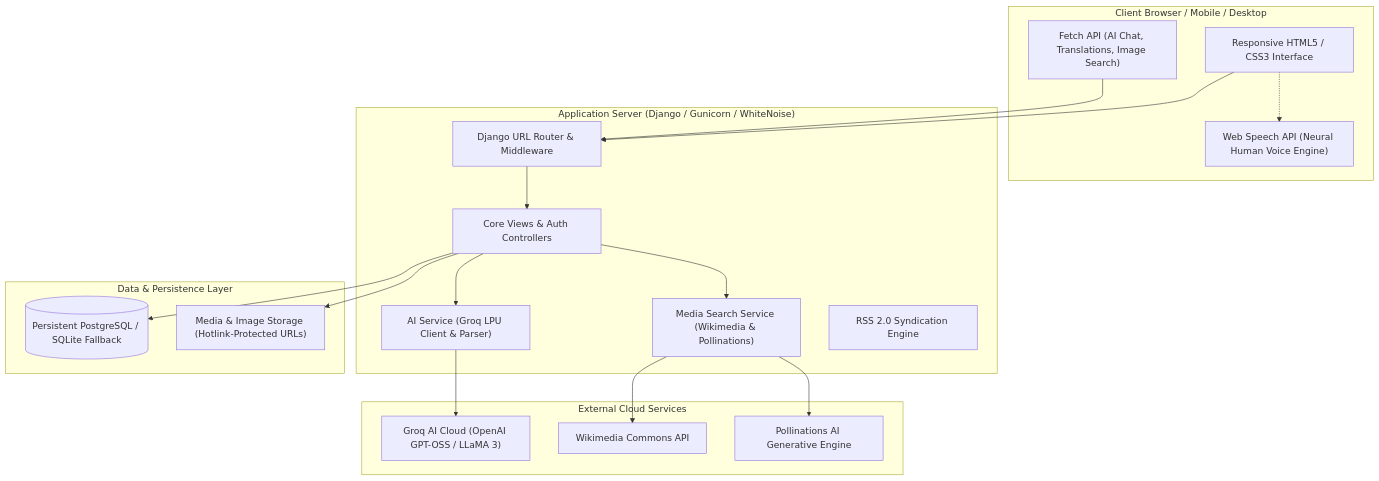
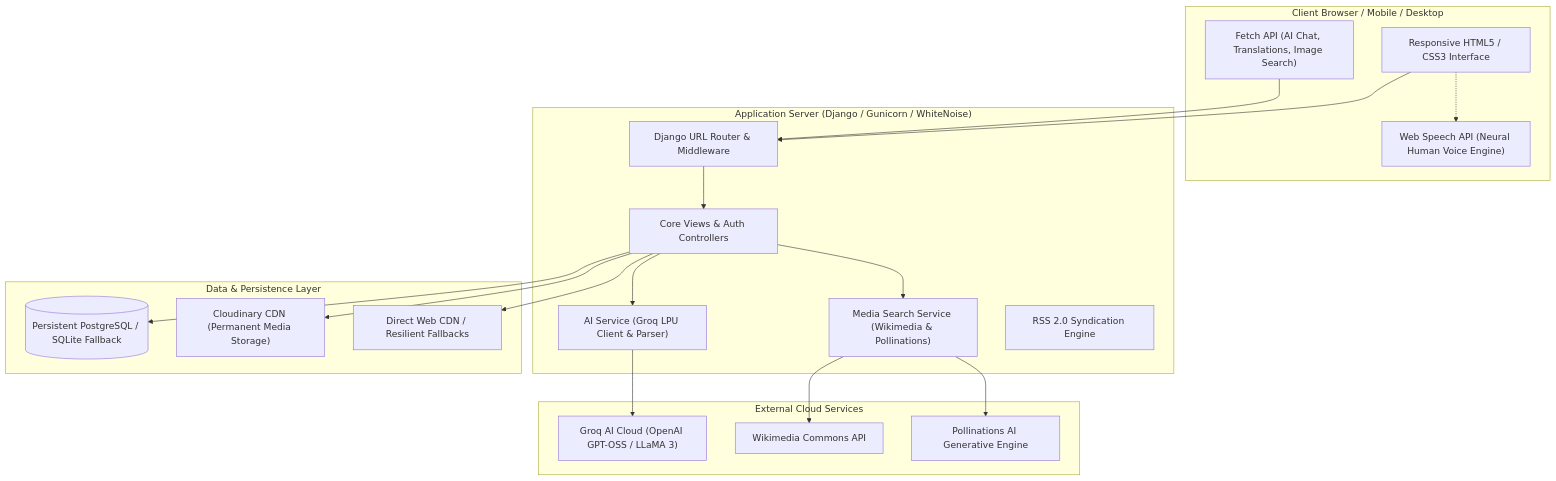
Before and after one commit to BhaskaraRao-Aerupilli/Posty: the diagram in README.md, drawn with Mermaid. The commit also changed other lines of this file, not shown here.

Commit message:
Update README: document Cloudinary permanent cloud storage integration

````diff
--- a/README.md
+++ b/README.md
@@ -46,39 +48,41 @@
 ```mermaid
 graph TD
     subgraph Client ["Client Browser / Mobile / Desktop"]
         UI["Responsive HTML5 / CSS3 Interface"]
         TTS["Web Speech API (Neural Human Voice Engine)"]
         AJAX["Fetch API (AI Chat, Translations, Image Search)"]
     end
 
     subgraph AppServer ["Application Server (Django / Gunicorn / WhiteNoise)"]
         Router["Django URL Router & Middleware"]
         Views["Core Views & Auth Controllers"]
         AIService["AI Service (Groq LPU Client & Parser)"]
         ImageService["Media Search Service (Wikimedia & Pollinations)"]
         Feed["RSS 2.0 Syndication Engine"]
     end
 
     subgraph DataLayer ["Data & Persistence Layer"]
         DB[(Persistent PostgreSQL / SQLite Fallback)]
-        MediaStorage["Media & Image Storage (Hotlink-Protected URLs)"]
+        Cloudinary["Cloudinary CDN (Permanent Media Storage)"]
+        MediaStorage["Direct Web CDN / Resilient Fallbacks"]
     end
 
     subgraph ExternalServices ["External Cloud Services"]
         GroqAPI["Groq AI Cloud (OpenAI GPT-OSS / LLaMA 3)"]
         WikiAPI["Wikimedia Commons API"]
         Pollinations["Pollinations AI Generative Engine"]
     end
 
     UI --> Router
     AJAX --> Router
     Router --> Views
     Views --> AIService
     Views --> ImageService
     Views --> DB
+    Views --> Cloudinary
     Views --> MediaStorage
     AIService --> GroqAPI
     ImageService --> WikiAPI
     ImageService --> Pollinations
     UI -.-> TTS
 ```
````
